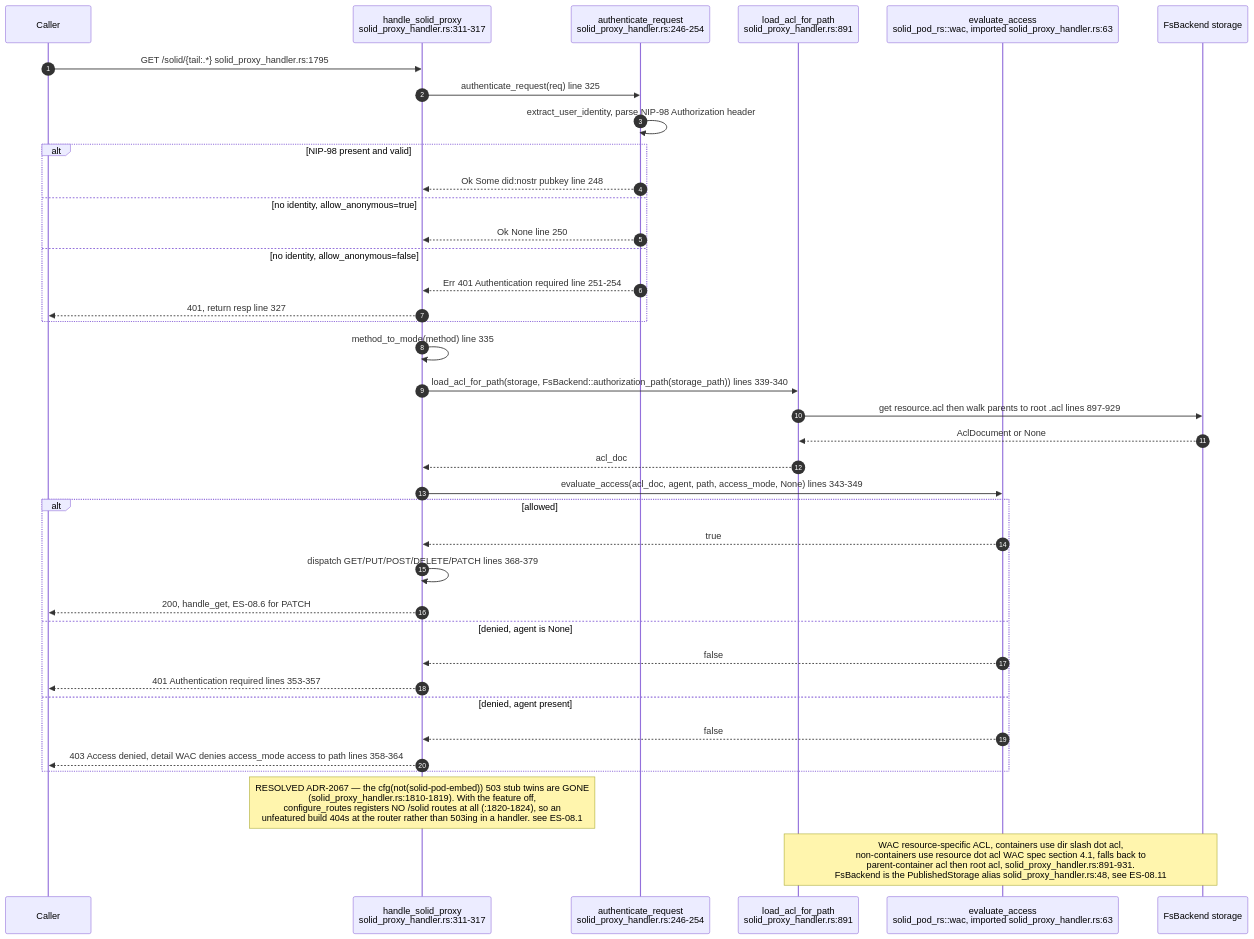
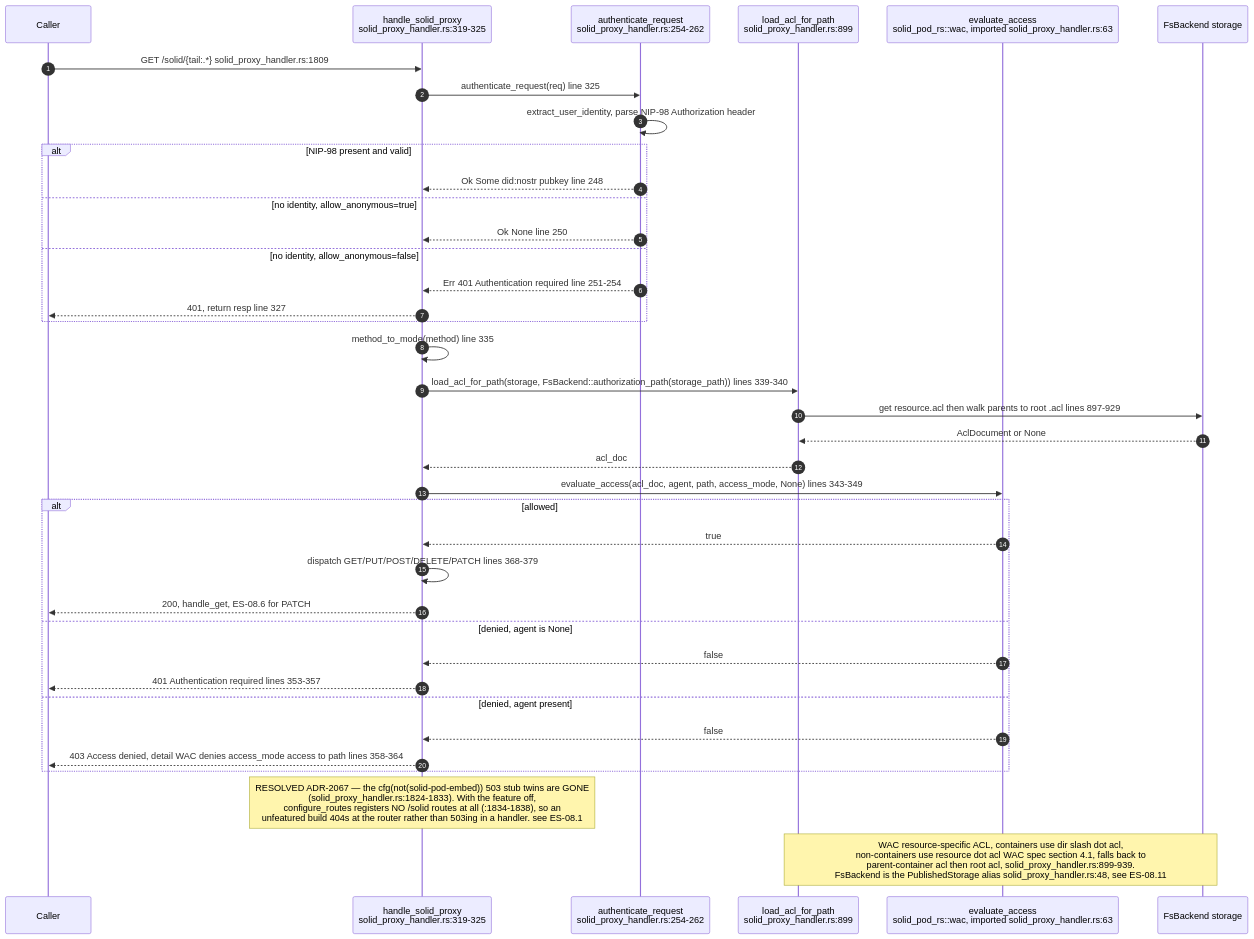
The fourth of 13 diagrams in docs/diagrams/estate/08-solid-pod-estate.md (DreamLab-AI/VisionFlow), drawn with Mermaid before and after one commit. The commit also changed other lines of this file and 5 other files, not shown here.

````diff
--- a/docs/diagrams/estate/08-solid-pod-estate.md
+++ b/docs/diagrams/estate/08-solid-pod-estate.md
@@ -180,44 +181,44 @@
 ```mermaid
 sequenceDiagram
     autonumber
     participant C as Caller
-    participant H as handle_solid_proxy<br/>solid_proxy_handler.rs:311-317
-    participant AUTH as authenticate_request<br/>solid_proxy_handler.rs:246-254
-    participant ACL as load_acl_for_path<br/>solid_proxy_handler.rs:891
+    participant H as handle_solid_proxy<br/>solid_proxy_handler.rs:319-325
+    participant AUTH as authenticate_request<br/>solid_proxy_handler.rs:254-262
+    participant ACL as load_acl_for_path<br/>solid_proxy_handler.rs:899
     participant WAC as evaluate_access<br/>solid_pod_rs::wac, imported solid_proxy_handler.rs:63
     participant FS as FsBackend storage
 
-    C->>H: GET /solid/{tail:.*} solid_proxy_handler.rs:1795
+    C->>H: GET /solid/{tail:.*} solid_proxy_handler.rs:1809
     H->>AUTH: authenticate_request(req) line 325
     AUTH->>AUTH: extract_user_identity, parse NIP-98 Authorization header
     alt NIP-98 present and valid
         AUTH-->>H: Ok Some did:nostr pubkey line 248
     else no identity, allow_anonymous=true
         AUTH-->>H: Ok None line 250
     else no identity, allow_anonymous=false
         AUTH-->>H: Err 401 Authentication required line 251-254
         H-->>C: 401, return resp line 327
     end
 
     H->>H: method_to_mode(method) line 335
     H->>ACL: load_acl_for_path(storage, FsBackend::authorization_path(storage_path)) lines 339-340
     ACL->>FS: get resource.acl then walk parents to root .acl lines 897-929
     FS-->>ACL: AclDocument or None
     ACL-->>H: acl_doc
 
     H->>WAC: evaluate_access(acl_doc, agent, path, access_mode, None) lines 343-349
     alt allowed
         WAC-->>H: true
         H->>H: dispatch GET/PUT/POST/DELETE/PATCH lines 368-379
         H-->>C: 200, handle_get, ES-08.6 for PATCH
     else denied, agent is None
         WAC-->>H: false
         H-->>C: 401 Authentication required lines 353-357
     else denied, agent present
         WAC-->>H: false
         H-->>C: 403 Access denied, detail WAC denies access_mode access to path lines 358-364
     end
 
-    Note over H: RESOLVED ADR-2067 — the cfg(not(solid-pod-embed)) 503 stub twins are GONE<br/>(solid_proxy_handler.rs:1810-1819). With the feature off,<br/>configure_routes registers NO /solid routes at all (:1820-1824), so an<br/>unfeatured build 404s at the router rather than 503ing in a handler. see ES-08.1
-    Note over ACL,FS: WAC resource-specific ACL, containers use dir slash dot acl,<br/>non-containers use resource dot acl WAC spec section 4.1, falls back to<br/>parent-container acl then root acl, solid_proxy_handler.rs:891-931.<br/>FsBackend is the PublishedStorage alias solid_proxy_handler.rs:48, see ES-08.11
+    Note over H: RESOLVED ADR-2067 — the cfg(not(solid-pod-embed)) 503 stub twins are GONE<br/>(solid_proxy_handler.rs:1824-1833). With the feature off,<br/>configure_routes registers NO /solid routes at all (:1834-1838), so an<br/>unfeatured build 404s at the router rather than 503ing in a handler. see ES-08.1
+    Note over ACL,FS: WAC resource-specific ACL, containers use dir slash dot acl,<br/>non-containers use resource dot acl WAC spec section 4.1, falls back to<br/>parent-container acl then root acl, solid_proxy_handler.rs:899-939.<br/>FsBackend is the PublishedStorage alias solid_proxy_handler.rs:48, see ES-08.11
 ```
````
